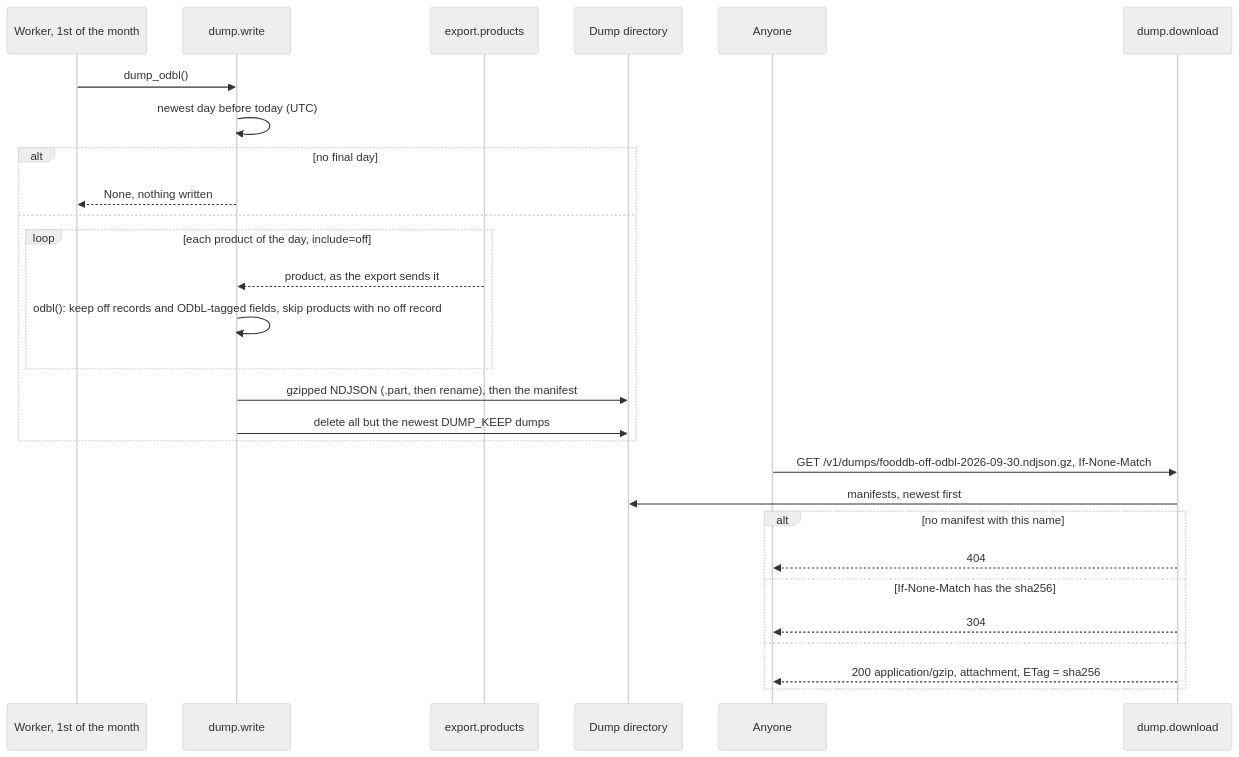
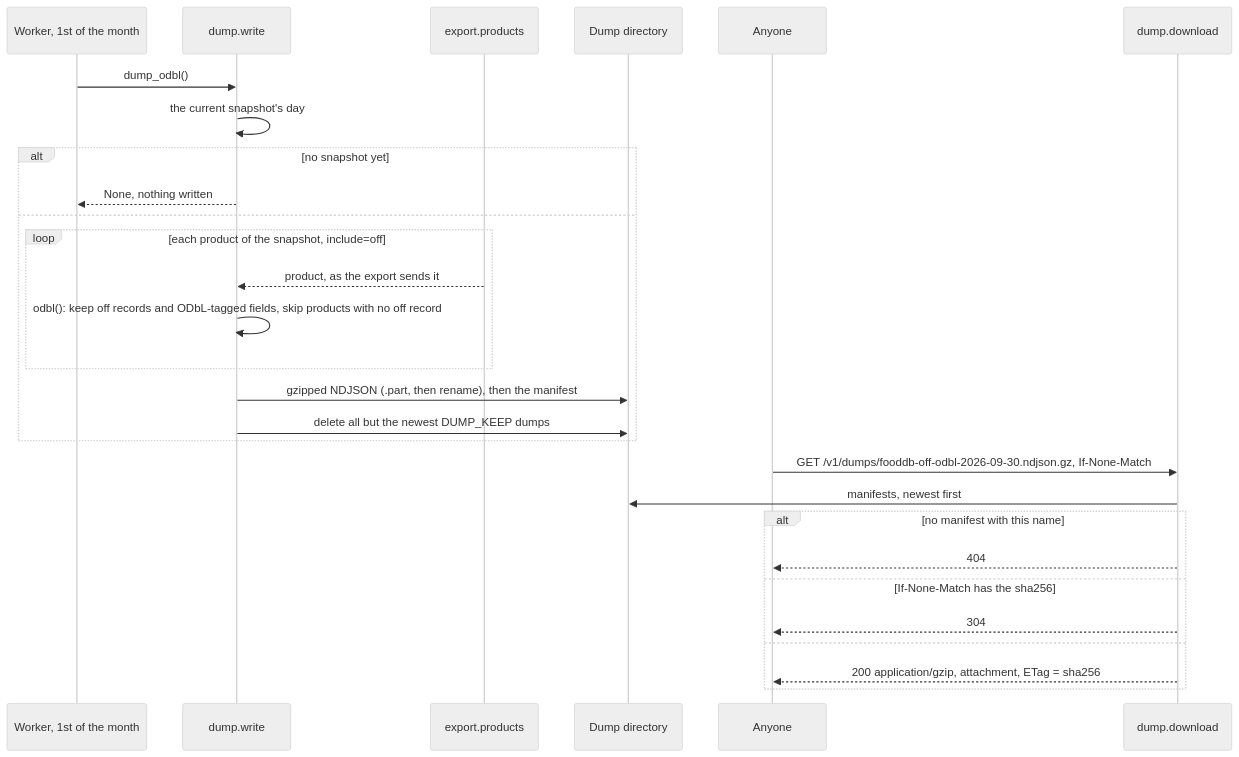
Before and after one commit to eait-fit/fooddb: diagram 14 of 19 in docs/architecture.md, drawn with Mermaid (neutral theme). The commit also changed other lines of this file and 20 other files, not shown here.

First line of the commit message:
Keep only the current snapshot: drop date pins and 30-day copies (#86) (#87)

````diff
--- a/docs/architecture.md
+++ b/docs/architecture.md
@@ -1351,30 +1340,30 @@
 ```mermaid
 sequenceDiagram
     participant Wk as Worker, 1st of the month
     participant D as dump.write
     participant E as export.products
     participant F as Dump directory
     participant Cl as Anyone
     participant A as dump.download
     Wk->>D: dump_odbl()
-    D->>D: newest day before today (UTC)
-    alt no final day
+    D->>D: the current snapshot's day
+    alt no snapshot yet
         D-->>Wk: None, nothing written
     else
-        loop each product of the day, include=off
+        loop each product of the snapshot, include=off
             E-->>D: product, as the export sends it
             D->>D: odbl(): keep off records and ODbL-tagged fields, skip products with no off record
         end
         D->>F: gzipped NDJSON (.part, then rename), then the manifest
         D->>F: delete all but the newest DUMP_KEEP dumps
     end
     Cl->>A: GET /v1/dumps/fooddb-off-odbl-2026-09-30.ndjson.gz, If-None-Match
     A->>F: manifests, newest first
     alt no manifest with this name
         A-->>Cl: 404
     else If-None-Match has the sha256
         A-->>Cl: 304
     else
         A-->>Cl: 200 application/gzip, attachment, ETag = sha256
     end
 ```
````
